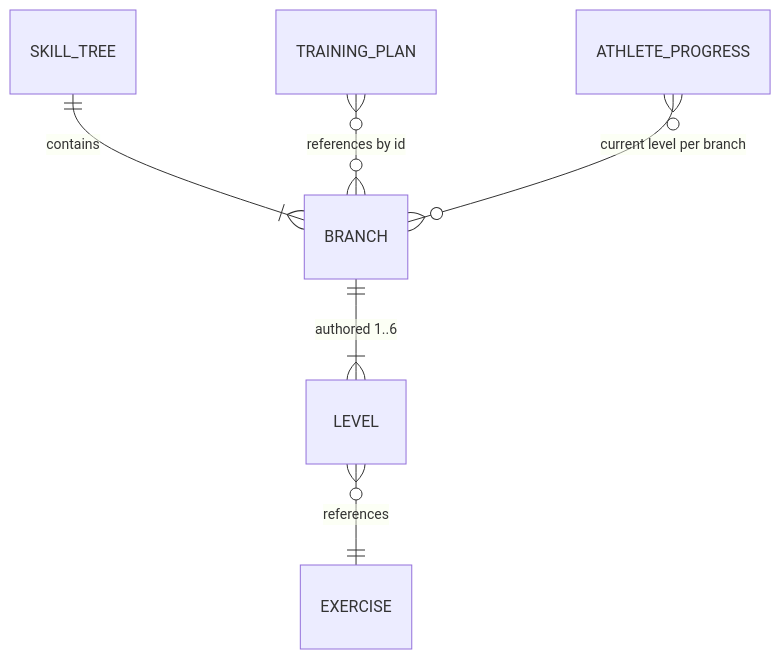
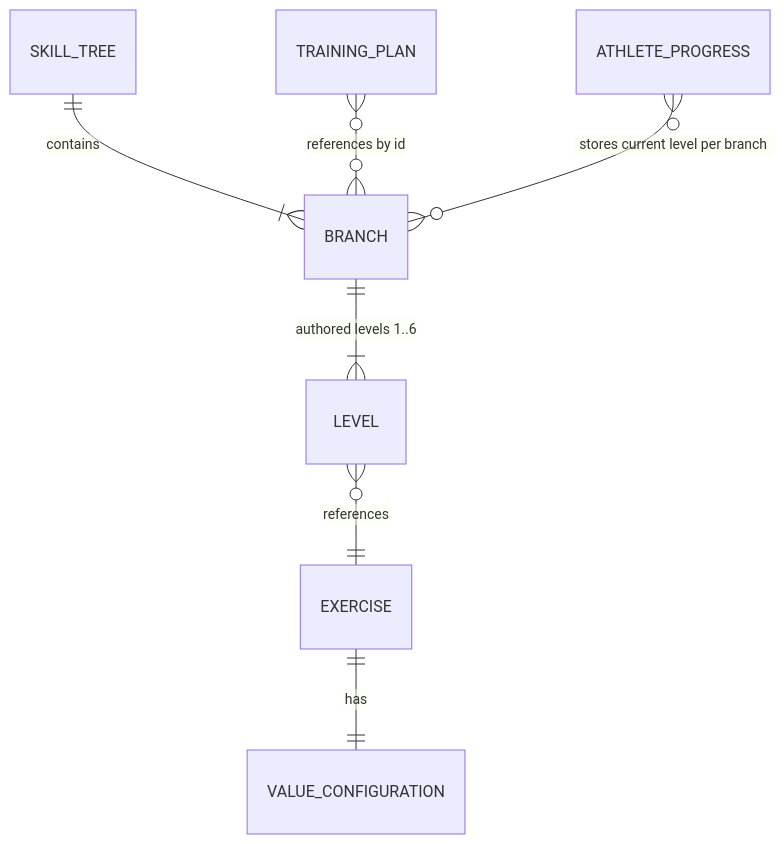
The second of 2 diagrams in athlete-mobile/docs/specs/foundations/branches-exercises-and-levels.md (digital-athletic/sports-athletic), drawn with Mermaid before and after one commit. The commit also changed other lines of this file and 4 other files, not shown here.

````diff
--- a/athlete-mobile/docs/specs/foundations/branches-exercises-and-levels.md
+++ b/athlete-mobile/docs/specs/foundations/branches-exercises-and-levels.md
@@ -130,8 +144,9 @@
 ```mermaid
 erDiagram
     SKILL_TREE ||--|{ BRANCH : contains
-    BRANCH ||--|{ LEVEL : "authored 1..6"
+    BRANCH ||--|{ LEVEL : "authored levels 1..6"
     LEVEL }o--|| EXERCISE : references
+    EXERCISE ||--|| VALUE_CONFIGURATION : has
     TRAINING_PLAN }o--o{ BRANCH : "references by id"
-    ATHLETE_PROGRESS }o--o{ BRANCH : "current level per branch"
+    ATHLETE_PROGRESS }o--o{ BRANCH : "stores current level per branch"
 ```
````
